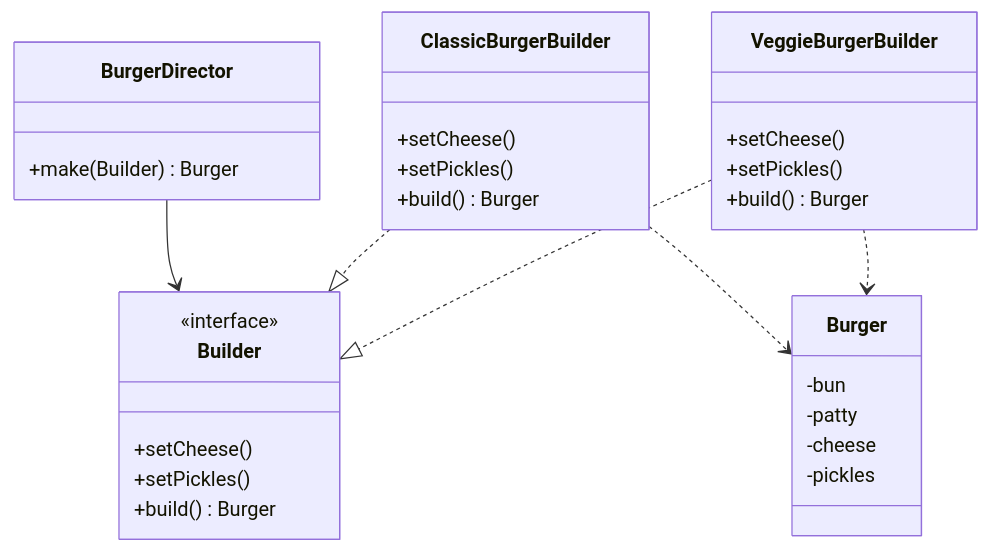
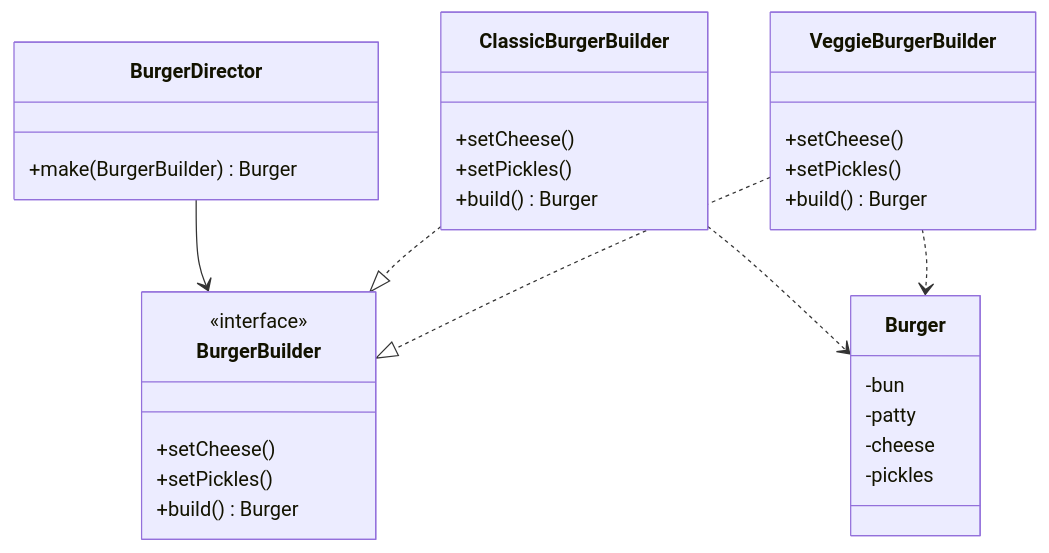
One commit to Bachelor-MMB7/BuilderPatternFlutter changed the diagram in pages/14_loesung_interface.md. Above: the diagram before and after it, drawn with Mermaid. The commit also changed other lines of this file and 1 other file, not shown here.

Commit message:
refactor: rename Builder interface to BurgerBuilder and update related classes

````diff
--- a/pages/14_loesung_interface.md
+++ b/pages/14_loesung_interface.md
@@ -104,40 +104,40 @@
 ```mermaid
 classDiagram
     direction TB
 
     class BurgerDirector {
-        +make(Builder) Burger
+        +make(BurgerBuilder) Burger
     }
 
-    class Builder {
+    class BurgerBuilder {
         <<interface>>
         +setCheese()
         +setPickles()
         +build() Burger
     }
 
     class ClassicBurgerBuilder {
         +setCheese()
         +setPickles()
         +build() Burger
     }
 
     class VeggieBurgerBuilder {
         +setCheese()
         +setPickles()
         +build() Burger
     }
 
     class Burger {
         -bun
         -patty
         -cheese
         -pickles
     }
 
-    BurgerDirector --> Builder
-    ClassicBurgerBuilder ..|> Builder
-    VeggieBurgerBuilder ..|> Builder
+    BurgerDirector --> BurgerBuilder
+    ClassicBurgerBuilder ..|> BurgerBuilder
+    VeggieBurgerBuilder ..|> BurgerBuilder
     ClassicBurgerBuilder ..> Burger
     VeggieBurgerBuilder ..> Burger
 ```
````
